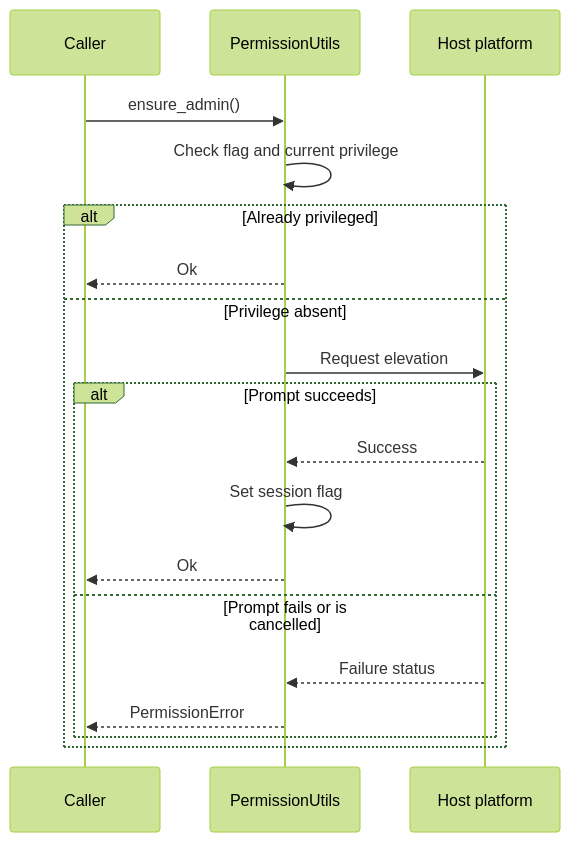
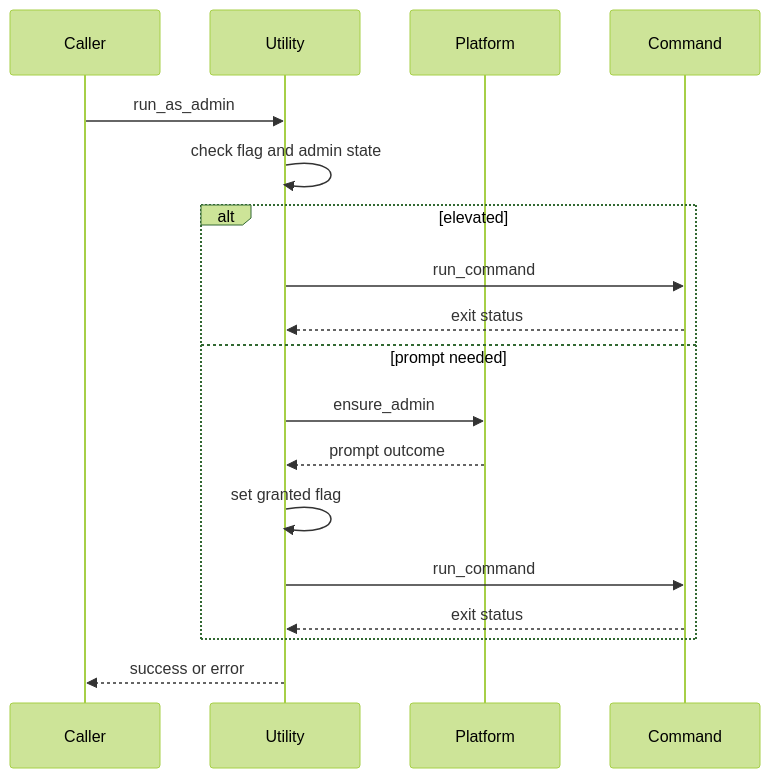
One commit to flamingo-stack/openframe-oss-tenant changed the third of 4 diagrams in docs/reference/architecture/openframe-client-core/platform-permissions/platform-permissions.md. Above: the diagram before and after it, drawn with Mermaid (forest theme). The commit also changed other lines of this file and 2377 other files, not shown here.

````diff
--- a/docs/reference/architecture/openframe-client-core/platform-permissions/platform-permissions.md
+++ b/docs/reference/architecture/openframe-client-core/platform-permissions/platform-permissions.md
@@ -98,21 +119,20 @@
 ```mermaid
 sequenceDiagram
     participant Caller
-    participant Utility as PermissionUtils
-    participant Platform as Host platform
-    Caller->>Utility: ensure_admin()
-    Utility->>Utility: Check flag and current privilege
-    alt Already privileged
-        Utility-->>Caller: Ok
-    else Privilege absent
-        Utility->>Platform: Request elevation
-        alt Prompt succeeds
-            Platform-->>Utility: Success
-            Utility->>Utility: Set session flag
-            Utility-->>Caller: Ok
-        else Prompt fails or is cancelled
-            Platform-->>Utility: Failure status
-            Utility-->>Caller: PermissionError
-        end
+    participant Utility
+    participant Platform
+    participant Command
+    Caller->>Utility: run_as_admin
+    Utility->>Utility: check flag and admin state
+    alt elevated
+        Utility->>Command: run_command
+        Command-->>Utility: exit status
+    else prompt needed
+        Utility->>Platform: ensure_admin
+        Platform-->>Utility: prompt outcome
+        Utility->>Utility: set granted flag
+        Utility->>Command: run_command
+        Command-->>Utility: exit status
     end
+    Utility-->>Caller: success or error
 ```
````
